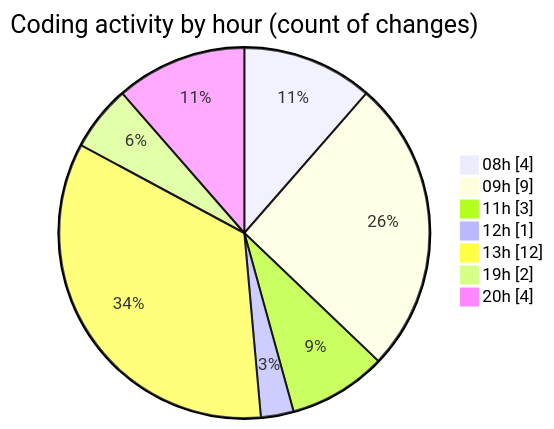
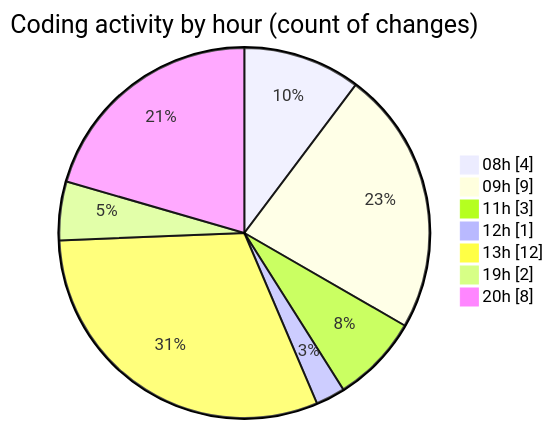
Before and after one commit to momahboobian/code-tracking: the second of 2 diagrams in 2025-05-07/samplepdf/README.md, drawn with Mermaid. The commit also changed other lines of this file and 1 other file, not shown here.

````diff
--- a/2025-05-07/samplepdf/README.md
+++ b/2025-05-07/samplepdf/README.md
@@ -36,11 +36,11 @@
 ```mermaid
 pie showData
 title Coding activity by hour (count of changes)
 "08h" : 4
 "09h" : 9
 "11h" : 3
 "12h" : 1
 "13h" : 12
 "19h" : 2
-"20h" : 4
+"20h" : 8
 ```
````
